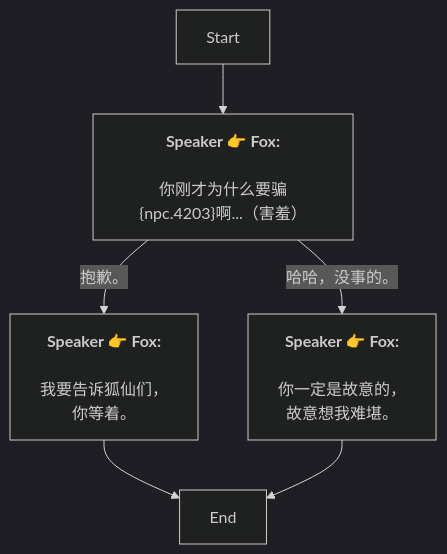
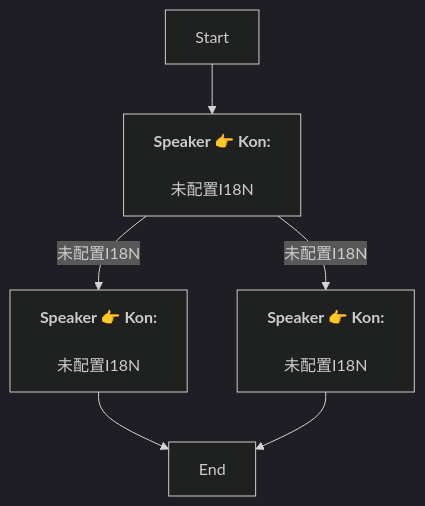
The diagram in Zh/AddDialogNode_1738388995766433.md (SoftHu/tos_avg), drawn with Mermaid (dark theme) before and after one commit. The commit also changed 730 other files, not shown here.

````diff
--- a/Zh/AddDialogNode_1738388995766433.md
+++ b/Zh/AddDialogNode_1738388995766433.md
@@ -1,14 +1,12 @@
 ```mermaid
 graph
-Start -->1738389069333669[<b>Speaker 👉 Fox:</b>
-\n你刚才为什么要骗&lbrace;npc.4203&rbrace;啊...（害羞）]
-1738389069333669 -->|哈哈，没事的。|1738389128893612[<b>Speaker 👉 Fox:</b>
-\n你一定是故意的，
-故意想我难堪。]
-1738389069333669 -->|抱歉。|1738389107006635[<b>Speaker 👉 Fox:</b>
-\n我要告诉狐仙们，
-你等着。]
+Start -->1738389069333669[<b>Speaker 👉 Kon:</b>
+\n未配置I18N]
+1738389069333669 -->|未配置I18N|1738389128893612[<b>Speaker 👉 Kon:</b>
+\n未配置I18N]
+1738389069333669 -->|未配置I18N|1738389107006635[<b>Speaker 👉 Kon:</b>
+\n未配置I18N]
 1738389107006635 -->1738389147759789[End]
 1738389128893612 -->1738389147759789[End]
 
 ```
````
